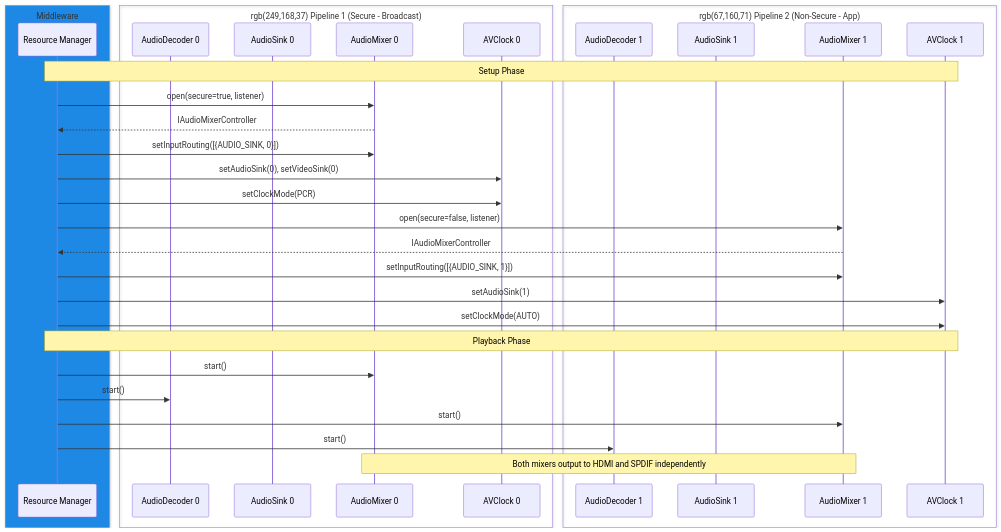
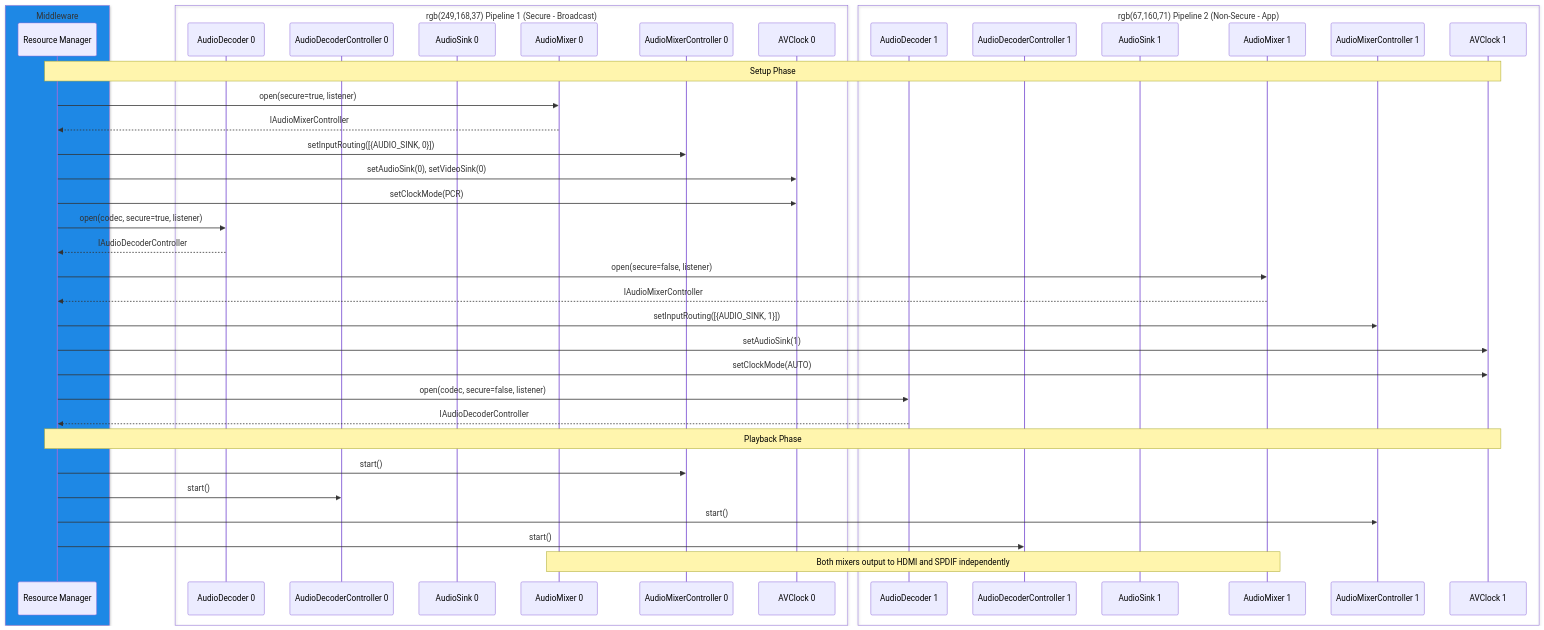
The fifth of 6 diagrams in docs/halif/audio_mixer/current/audio_system_architecture.md (rdkcentral/rdk-halif-aidl), drawn with Mermaid before and after one commit. The commit also changed other lines of this file, not shown here.

First line of the commit message:
docs: fix Copilot review comments in audio system architecture (#354)

````diff
--- a/docs/halif/audio_mixer/current/audio_system_architecture.md
+++ b/docs/halif/audio_mixer/current/audio_system_architecture.md
@@ -371,41 +371,49 @@
 ```mermaid
 sequenceDiagram
     box rgb(30,136,229) Middleware
         participant MW as Resource Manager
     end
     box rgb(249,168,37) Pipeline 1 (Secure - Broadcast)
         participant DEC0 as AudioDecoder 0
+        participant DCTRL0 as AudioDecoderController 0
         participant SINK0 as AudioSink 0
         participant MIX0 as AudioMixer 0
+        participant MCTRL0 as AudioMixerController 0
         participant CLK0 as AVClock 0
     end
     box rgb(67,160,71) Pipeline 2 (Non-Secure - App)
         participant DEC1 as AudioDecoder 1
+        participant DCTRL1 as AudioDecoderController 1
         participant SINK1 as AudioSink 1
         participant MIX1 as AudioMixer 1
+        participant MCTRL1 as AudioMixerController 1
         participant CLK1 as AVClock 1
     end
 
     Note over MW,CLK1: Setup Phase
 
     MW->>MIX0: open(secure=true, listener)
     MIX0-->>MW: IAudioMixerController
-    MW->>MIX0: setInputRouting([{AUDIO_SINK, 0}])
+    MW->>MCTRL0: setInputRouting([{AUDIO_SINK, 0}])
     MW->>CLK0: setAudioSink(0), setVideoSink(0)
     MW->>CLK0: setClockMode(PCR)
+    MW->>DEC0: open(codec, secure=true, listener)
+    DEC0-->>MW: IAudioDecoderController
 
     MW->>MIX1: open(secure=false, listener)
     MIX1-->>MW: IAudioMixerController
-    MW->>MIX1: setInputRouting([{AUDIO_SINK, 1}])
+    MW->>MCTRL1: setInputRouting([{AUDIO_SINK, 1}])
     MW->>CLK1: setAudioSink(1)
     MW->>CLK1: setClockMode(AUTO)
+    MW->>DEC1: open(codec, secure=false, listener)
+    DEC1-->>MW: IAudioDecoderController
 
     Note over MW,CLK1: Playback Phase
 
-    MW->>MIX0: start()
-    MW->>DEC0: start()
-    MW->>MIX1: start()
-    MW->>DEC1: start()
+    MW->>MCTRL0: start()
+    MW->>DCTRL0: start()
+    MW->>MCTRL1: start()
+    MW->>DCTRL1: start()
 
     Note over MIX0,MIX1: Both mixers output to HDMI and SPDIF independently
 ```
````
